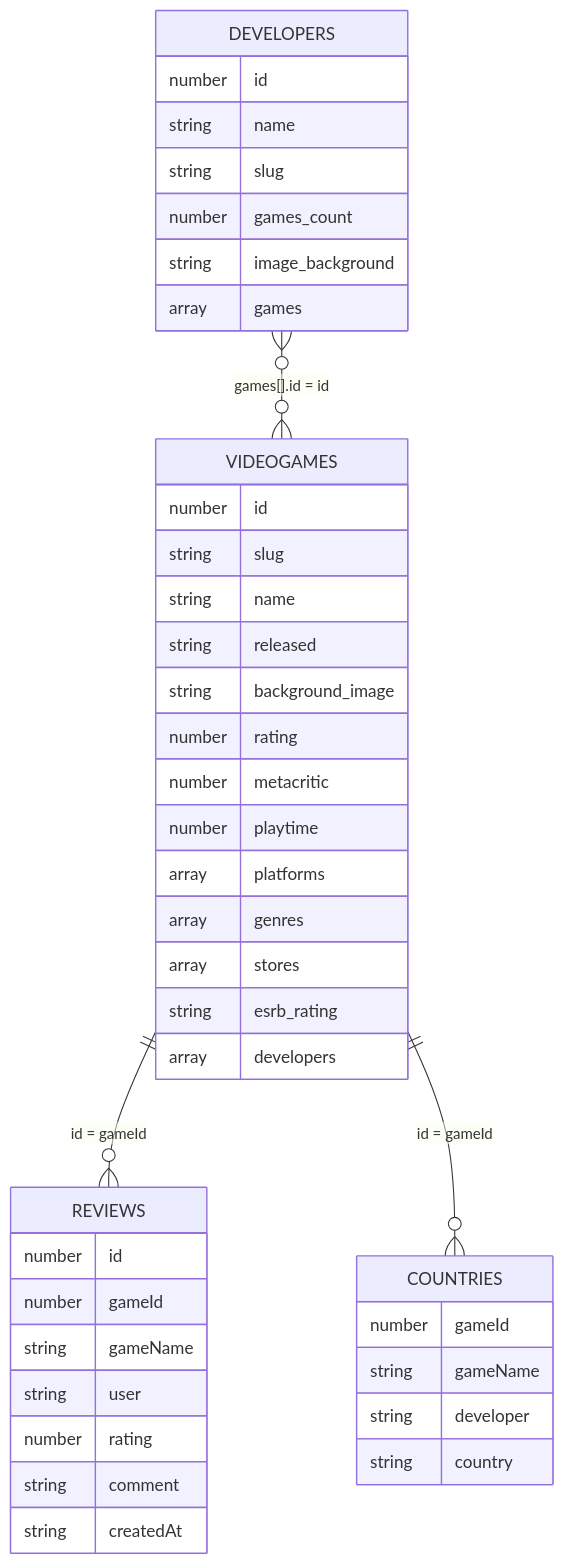
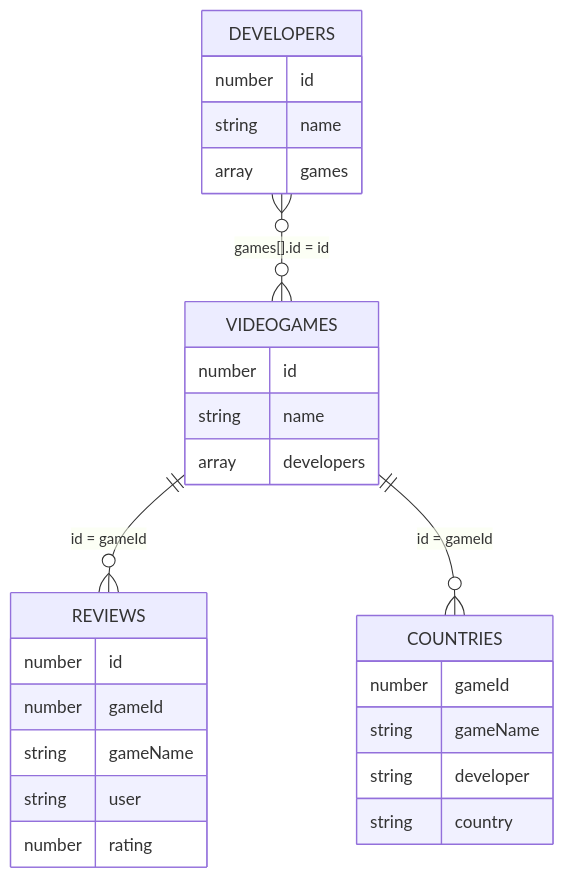
Before and after one commit to DavidPerezA12/SW-II: the diagram in docs/modelo-datos.md, drawn with Mermaid. The commit also changed 1 other file, not shown here.

Commit message:
Corrige exportacion del modelo de datos

````diff
--- a/docs/modelo-datos.md
+++ b/docs/modelo-datos.md
@@ -25,48 +25,33 @@
 ```mermaid
 erDiagram
     VIDEOGAMES ||--o{ REVIEWS : "id = gameId"
     VIDEOGAMES ||--o{ COUNTRIES : "id = gameId"
     DEVELOPERS }o--o{ VIDEOGAMES : "games[].id = id"
 
     VIDEOGAMES {
         number id
-        string slug
         string name
-        string released
-        string background_image
-        number rating
-        number metacritic
-        number playtime
-        array platforms
-        array genres
-        array stores
-        string esrb_rating
         array developers
     }
 
     DEVELOPERS {
         number id
         string name
-        string slug
-        number games_count
-        string image_background
         array games
     }
 
     REVIEWS {
         number id
         number gameId
         string gameName
         string user
         number rating
-        string comment
-        string createdAt
     }
 
     COUNTRIES {
         number gameId
         string gameName
         string developer
         string country
     }
 ```
````
